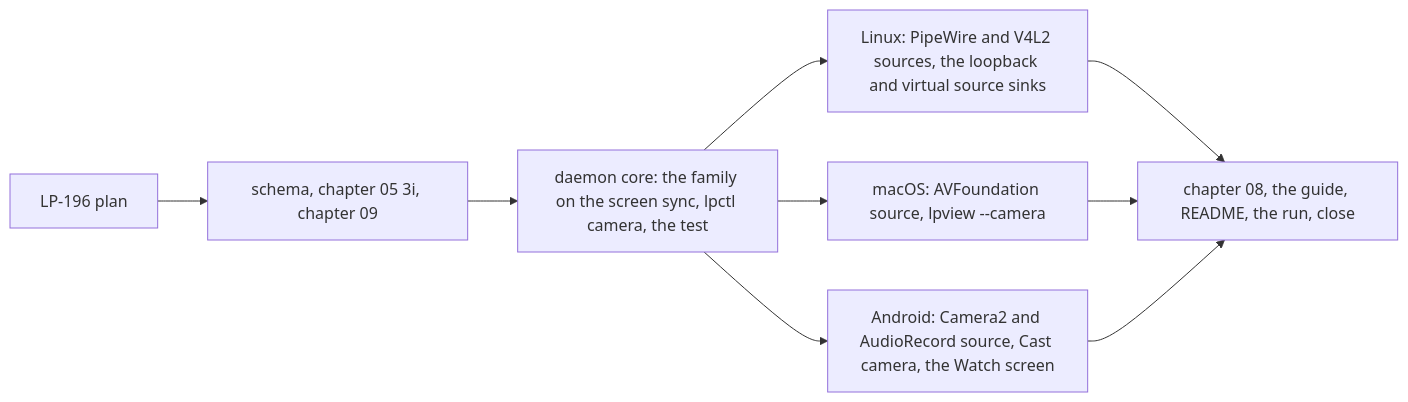
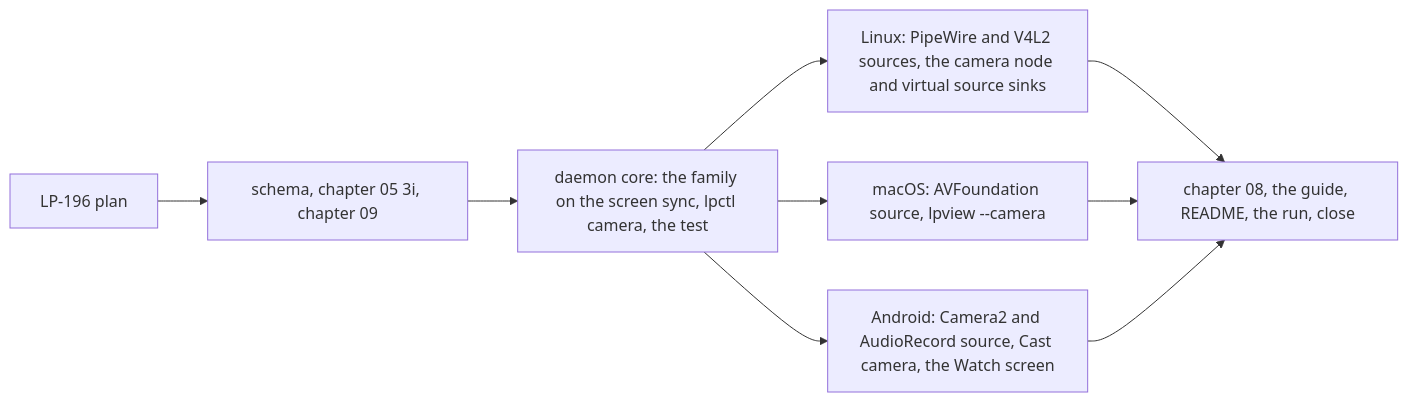
The third of 3 diagrams in docs/milestones/10-camera.md (garth/ligature-protocol), drawn with Mermaid before and after one commit. The commit also changed other lines of this file and 9 other files, not shown here.

Commit message:
LP-207 Linux cameras: PipeWire's cameras and the default microphone shared, each read by name and never another in its place, and a received camera presented as a PipeWire camera node, a loopback device where one exists, and a microphone

````diff
--- a/docs/milestones/10-camera.md
+++ b/docs/milestones/10-camera.md
@@ -187,11 +187,11 @@
 ```mermaid
 flowchart LR
     P["LP-196 plan"] --> S["schema, chapter 05 3i, chapter 09"]
     S --> D["daemon core: the family on the screen sync, lpctl camera, the test"]
-    D --> X["Linux: PipeWire and V4L2 sources, the loopback and virtual source sinks"]
+    D --> X["Linux: PipeWire and V4L2 sources, the camera node and virtual source sinks"]
     D --> M["macOS: AVFoundation source, lpview --camera"]
     D --> A["Android: Camera2 and AudioRecord source, Cast camera, the Watch screen"]
     X --> C["chapter 08, the guide, README, the run, close"]
     M --> C
     A --> C
 ```
````
